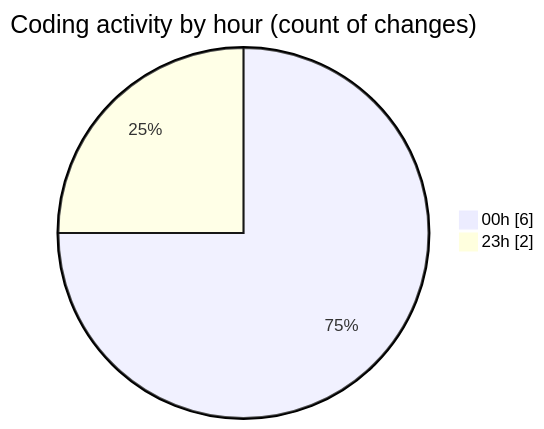
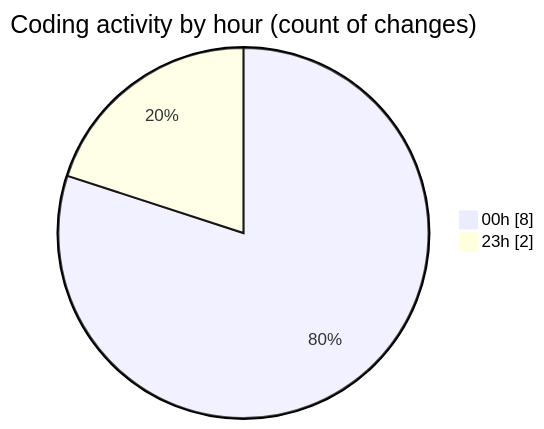
The second of 2 diagrams in 2025-08-13/ribbon/README.md (EIIisD/code-tracking), drawn with Mermaid before and after one commit. The commit also changed other lines of this file and 1 other file, not shown here.

````diff
--- a/2025-08-13/ribbon/README.md
+++ b/2025-08-13/ribbon/README.md
@@ -32,6 +33,6 @@
 ```mermaid
 pie showData
 title Coding activity by hour (count of changes)
-"00h" : 6
+"00h" : 8
 "23h" : 2
 ```
````
